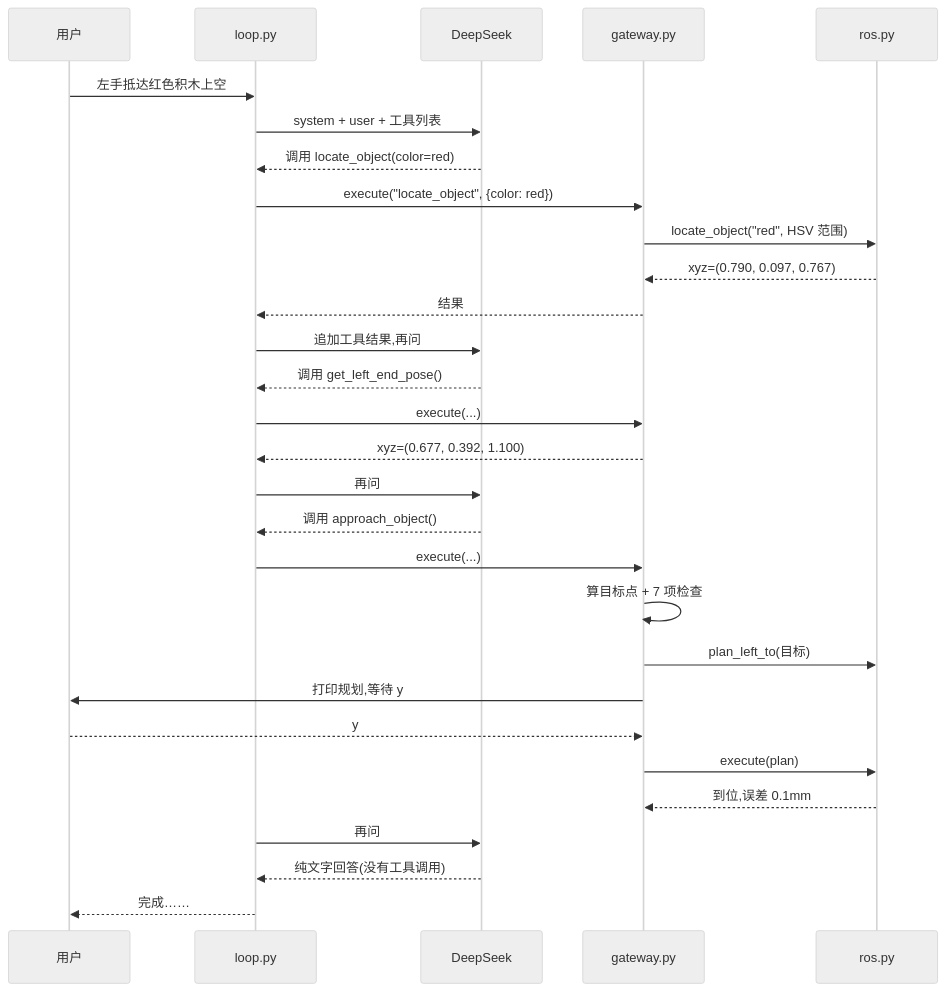
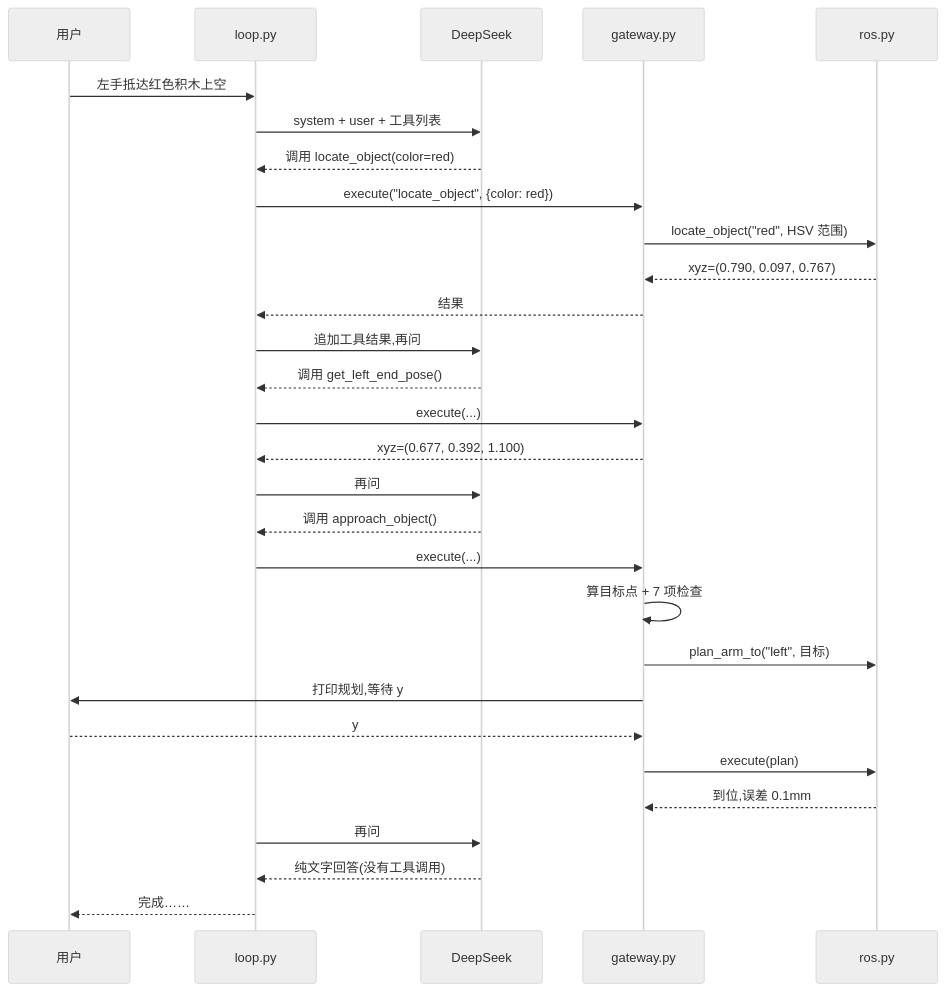
The diagram in docs/harness_guide.md (mikeJoy6/harness_genie_G2), drawn with Mermaid (neutral theme) before and after one commit. The commit also changed other lines of this file and 78 other files, not shown here.

````diff
--- a/docs/harness_guide.md
+++ b/docs/harness_guide.md
@@ -52,31 +52,31 @@
 ```mermaid
 sequenceDiagram
     participant U as 用户
     participant L as loop.py
     participant M as DeepSeek
     participant G as gateway.py
     participant R as ros.py
     U->>L: 左手抵达红色积木上空
     L->>M: system + user + 工具列表
     M-->>L: 调用 locate_object(color=red)
     L->>G: execute("locate_object", {color: red})
     G->>R: locate_object("red", HSV 范围)
     R-->>G: xyz=(0.790, 0.097, 0.767)
     G-->>L: 结果
     L->>M: 追加工具结果,再问
     M-->>L: 调用 get_left_end_pose()
     L->>G: execute(...)
     G-->>L: xyz=(0.677, 0.392, 1.100)
     L->>M: 再问
     M-->>L: 调用 approach_object()
     L->>G: execute(...)
     G->>G: 算目标点 + 7 项检查
-    G->>R: plan_left_to(目标)
+    G->>R: plan_arm_to("left", 目标)
     G->>U: 打印规划,等待 y
     U-->>G: y
     G->>R: execute(plan)
     R-->>G: 到位,误差 0.1mm
     L->>M: 再问
     M-->>L: 纯文字回答(没有工具调用)
     L-->>U: 完成……
 ```
````
